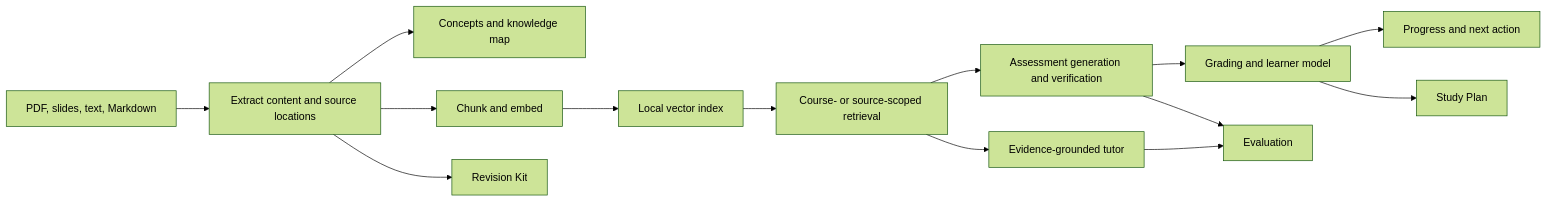
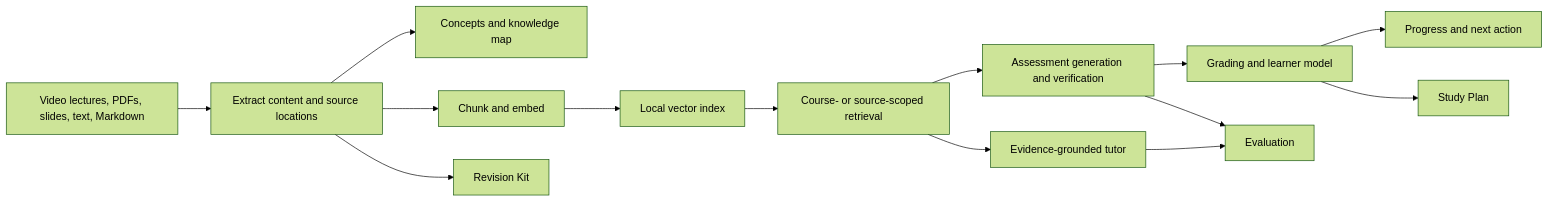
One commit to DRJ-YDV/AdaptiveLearn-AI changed the diagram in README.md. Above: the diagram before and after it, drawn with Mermaid (forest theme). The commit also changed other lines of this file and 1 other file, not shown here.

````diff
--- a/README.md
+++ b/README.md
@@ -20,16 +20,16 @@
 ```mermaid
 flowchart LR
-    A[PDF, slides, text, Markdown] --> B[Extract content and source locations]
+    A[Video lectures, PDFs, slides, text, Markdown] --> B[Extract content and source locations]
     B --> C[Concepts and knowledge map]
     B --> D[Chunk and embed]
     D --> E[Local vector index]
     E --> F[Course- or source-scoped retrieval]
     F --> G[Evidence-grounded tutor]
     F --> H[Assessment generation and verification]
     H --> I[Grading and learner model]
     I --> J[Progress and next action]
     I --> K[Study Plan]
     B --> L[Revision Kit]
     G --> M[Evaluation]
     H --> M
 ```
````
